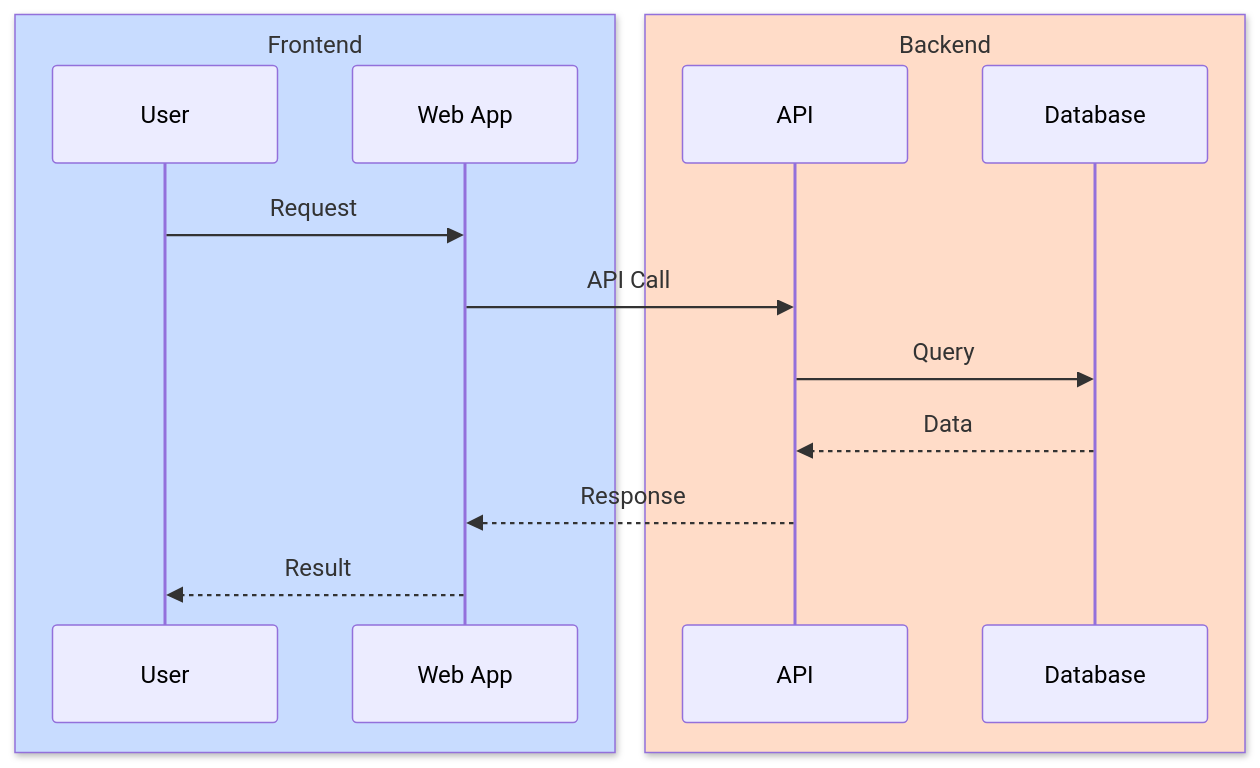
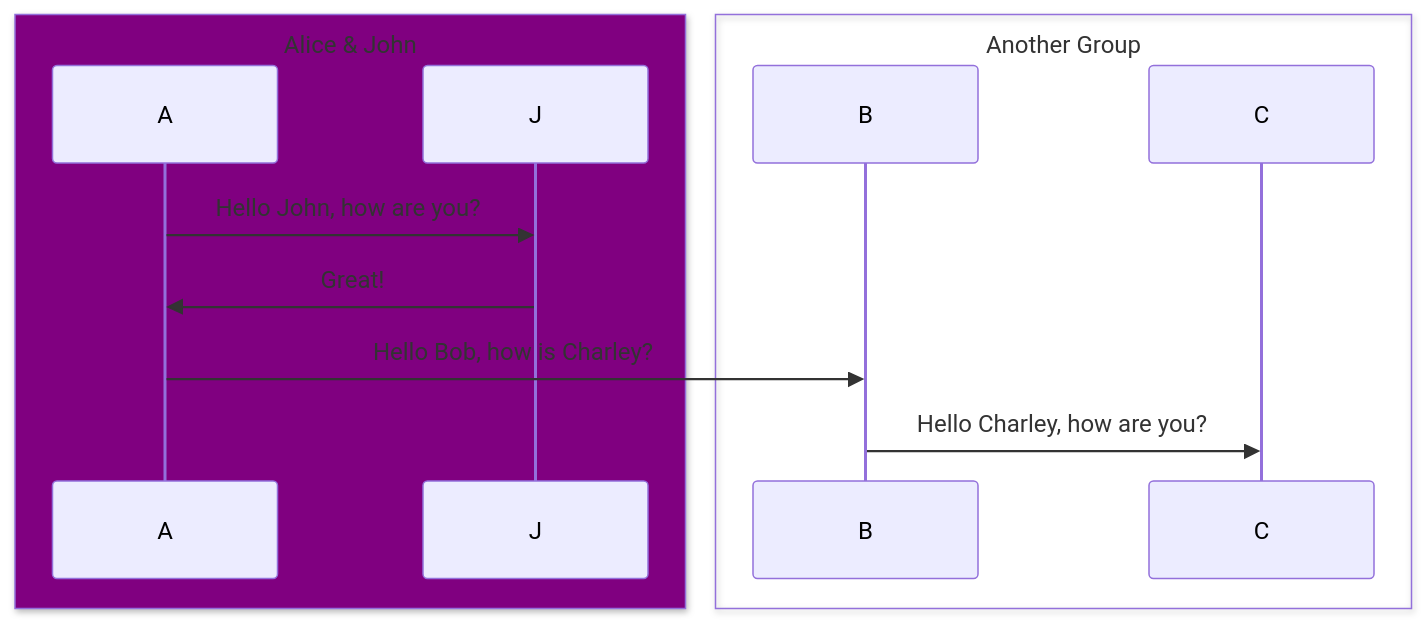
Before and after one commit to teachingai/full-stack-skills: the eighth of 26 diagrams in skills/mermaid/examples/sequence.md, drawn with Mermaid. The commit also changed other lines of this file and 21 other files, not shown here.

First line of the commit message:
docs(mermaid): 更新架构、块、C4和类图示例文档

````diff
--- a/skills/mermaid/examples/sequence.md
+++ b/skills/mermaid/examples/sequence.md
@@ -187,18 +132,15 @@
 ```mermaid
 sequenceDiagram
-    box rgb(200, 220, 255) Frontend
-        participant U as User
-        participant W as Web App
+    box Purple Alice & John
+    participant A
+    participant J
     end
-    box rgb(255, 220, 200) Backend
-        participant A as API
-        participant D as Database
+    box Another Group
+    participant B
+    participant C
     end
-
-    U->>W: Request
-    W->>A: API Call
-    A->>D: Query
-    D-->>A: Data
-    A-->>W: Response
-    W-->>U: Result
+    A->>J: Hello John, how are you?
+    J->>A: Great!
+    A->>B: Hello Bob, how is Charley?
+    B->>C: Hello Charley, how are you?
 ```
````
